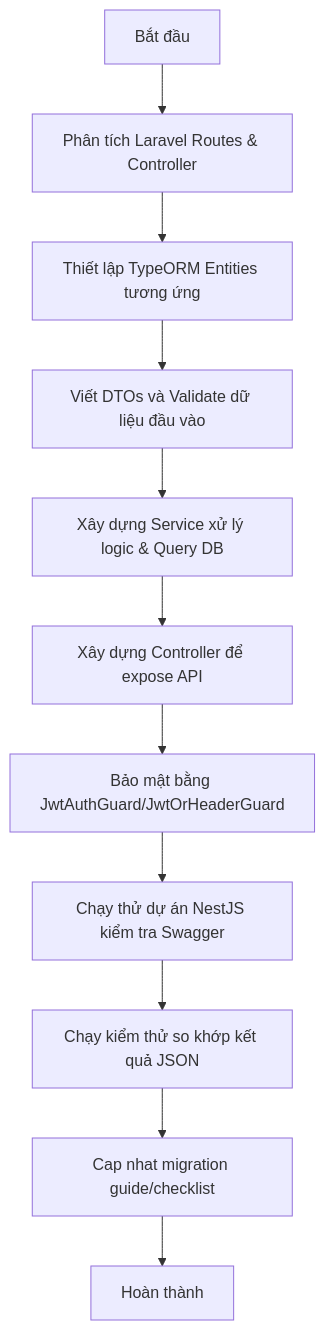
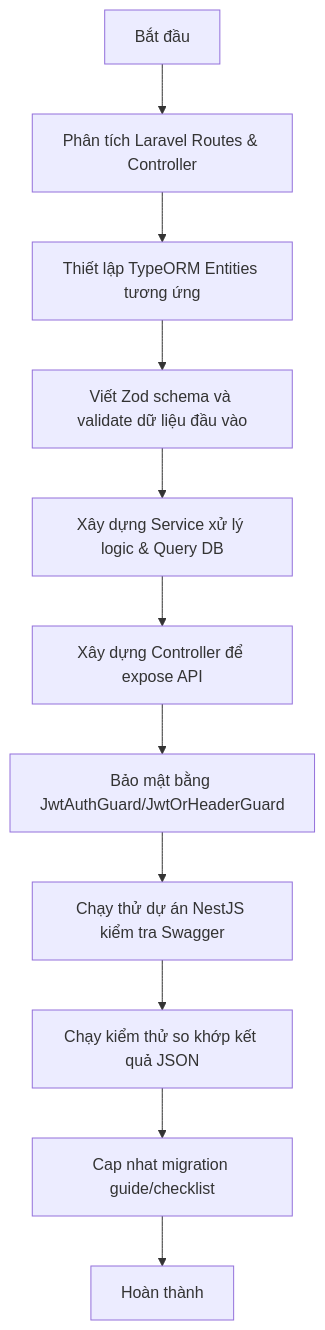
Before and after one commit to soncoderz/mirgrate-APi-larvel-Nestjs: the diagram in migration-guide/3_AGENT_WORKFLOW.md, drawn with Mermaid. The commit also changed other lines of this file and 29 other files, not shown here.

````diff
--- a/migration-guide/3_AGENT_WORKFLOW.md
+++ b/migration-guide/3_AGENT_WORKFLOW.md
@@ -5,13 +5,13 @@
 ```mermaid
 graph TD
     A[Bắt đầu] --> B[Phân tích Laravel Routes & Controller]
     B --> C[Thiết lập TypeORM Entities tương ứng]
-    C --> D[Viết DTOs và Validate dữ liệu đầu vào]
+    C --> D[Viết Zod schema và validate dữ liệu đầu vào]
     D --> E[Xây dựng Service xử lý logic & Query DB]
     E --> F[Xây dựng Controller để expose API]
     F --> G[Bảo mật bằng JwtAuthGuard/JwtOrHeaderGuard]
     G --> H[Chạy thử dự án NestJS kiểm tra Swagger]
     H --> I[Chạy kiểm thử so khớp kết quả JSON]
     I --> K[Cap nhat migration guide/checklist]
     K --> J[Hoàn thành]
 ```
````
